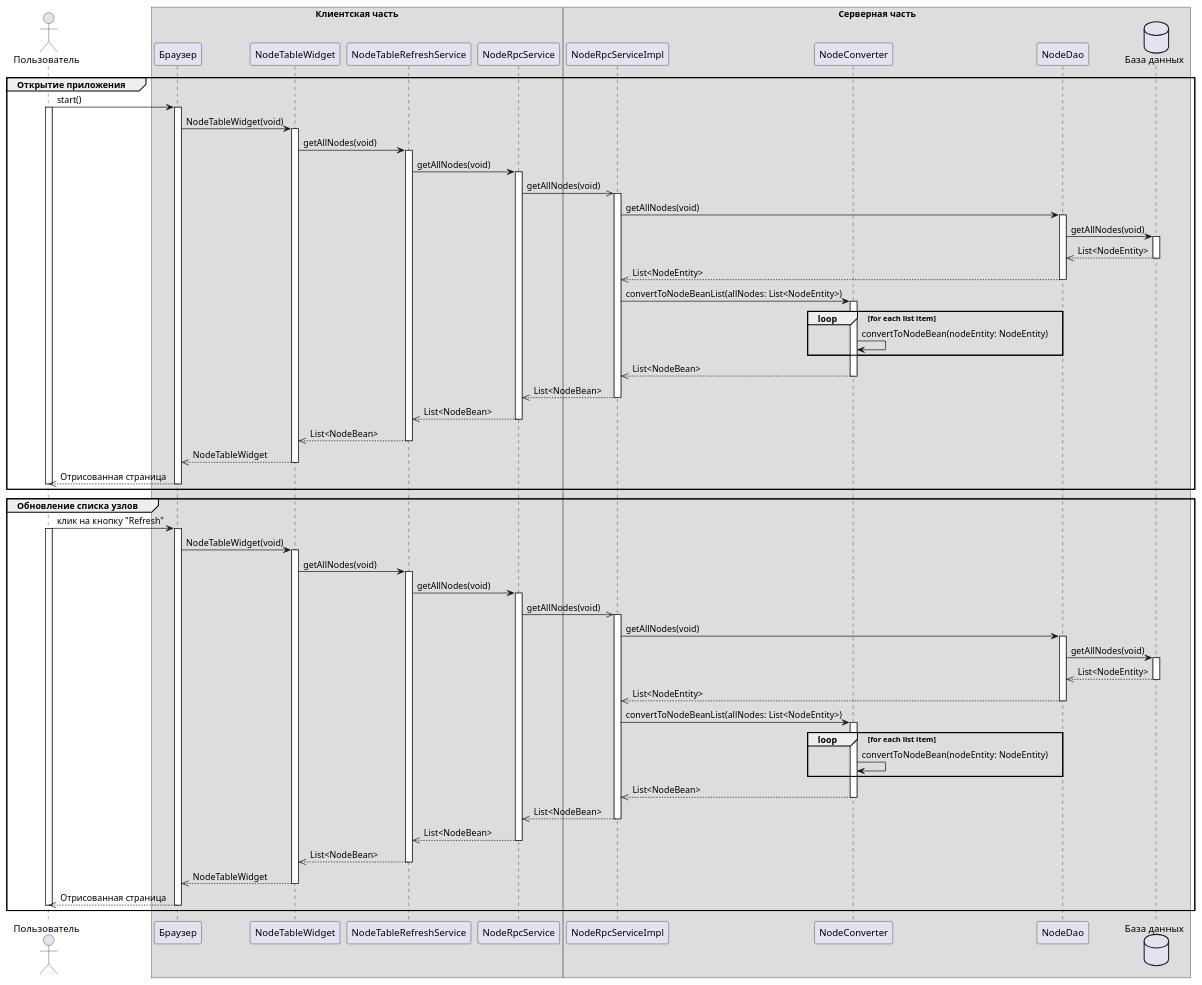
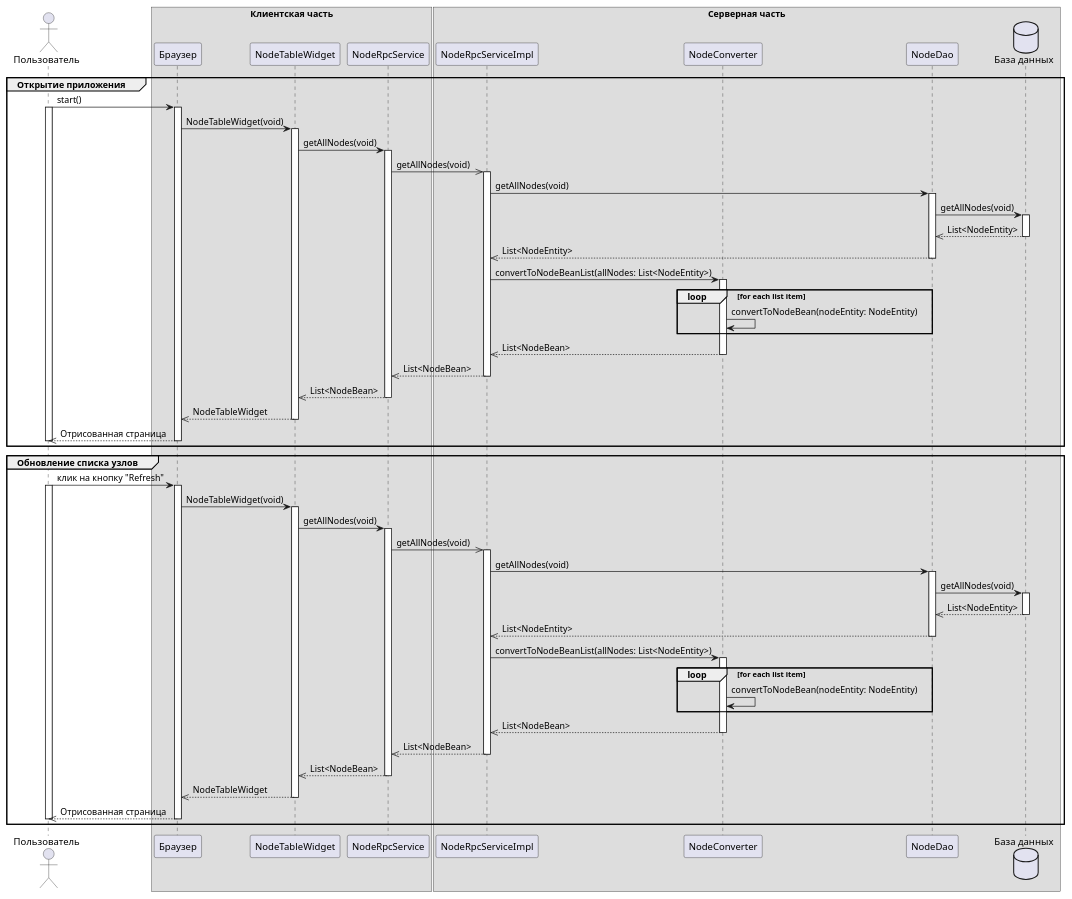
Before and after one commit to dbespa/gwt-tree: the diagram in docs/sequence-diagram.puml, drawn with PlantUML. The commit also changed 5 other files, not shown here.

Commit message:
Обновление диаграмм

```diff
--- a/docs/sequence-diagram.puml
+++ b/docs/sequence-diagram.puml
@@ -1,70 +1,65 @@
 @startuml sequence-diagram
 actor "Пользователь" as user
 box "Клиентская часть"
 participant "Браузер" as browser
 participant "NodeTableWidget" as widget
-participant "NodeTableRefreshService" as refreshService
 participant "NodeRpcService" as rpcService
 box end
 box "Серверная часть"
 participant "NodeRpcServiceImpl" as rpcServiceImpl
 participant "NodeConverter" as converter
 participant "NodeDao" as dao
 database "База данных" as db
 box end
 
 group Открытие приложения
 
 user -> browser++:start()
 activate user
 browser -> widget++:NodeTableWidget(void)
-widget -> refreshService++:getAllNodes(void)
-refreshService -> rpcService++:getAllNodes(void)
+widget -> rpcService++:getAllNodes(void)
 rpcService ->> rpcServiceImpl++:getAllNodes(void)
 rpcServiceImpl -> dao++:getAllNodes(void)
 dao -> db++:getAllNodes(void)
 
 db -->> dao--:List<NodeEntity>
 dao -->> rpcServiceImpl--:List<NodeEntity>
 rpcServiceImpl -> converter++: convertToNodeBeanList(allNodes: List<NodeEntity>)
 loop for each list item
 converter -> converter: convertToNodeBean(nodeEntity: NodeEntity)
 end
 converter -->> rpcServiceImpl--:List<NodeBean>
 rpcServiceImpl -->> rpcService--:List<NodeBean>
-rpcService -->> refreshService--:List<NodeBean>
-refreshService -->> widget--:List<NodeBean>
+rpcService -->> widget--:List<NodeBean>
 widget -->> browser--:NodeTableWidget
 browser -->> user--:Отрисованная страница
 deactivate user
 
 end
 
 group Обновление списка узлов
 
 user -> browser++:клик на кнопку "Refresh"
 activate user
 browser -> widget++:NodeTableWidget(void)
-widget -> refreshService++:getAllNodes(void)
-refreshService -> rpcService++:getAllNodes(void)
+widget -> rpcService++:getAllNodes(void)
 rpcService ->> rpcServiceImpl++:getAllNodes(void)
 rpcServiceImpl -> dao++:getAllNodes(void)
 dao -> db++:getAllNodes(void)
 
 db -->> dao--:List<NodeEntity>
 dao -->> rpcServiceImpl--:List<NodeEntity>
 rpcServiceImpl -> converter++: convertToNodeBeanList(allNodes: List<NodeEntity>)
 loop for each list item
 converter -> converter: convertToNodeBean(nodeEntity: NodeEntity)
 end
 converter -->> rpcServiceImpl--:List<NodeBean>
 rpcServiceImpl -->> rpcService--:List<NodeBean>
-rpcService -->> refreshService--:List<NodeBean>
-refreshService -->> widget--:List<NodeBean>
+rpcService -->> widget--:List<NodeBean>
 widget -->> browser--:NodeTableWidget
 browser -->> user--:Отрисованная страница
 deactivate user
 
 end
 
 @enduml
```
